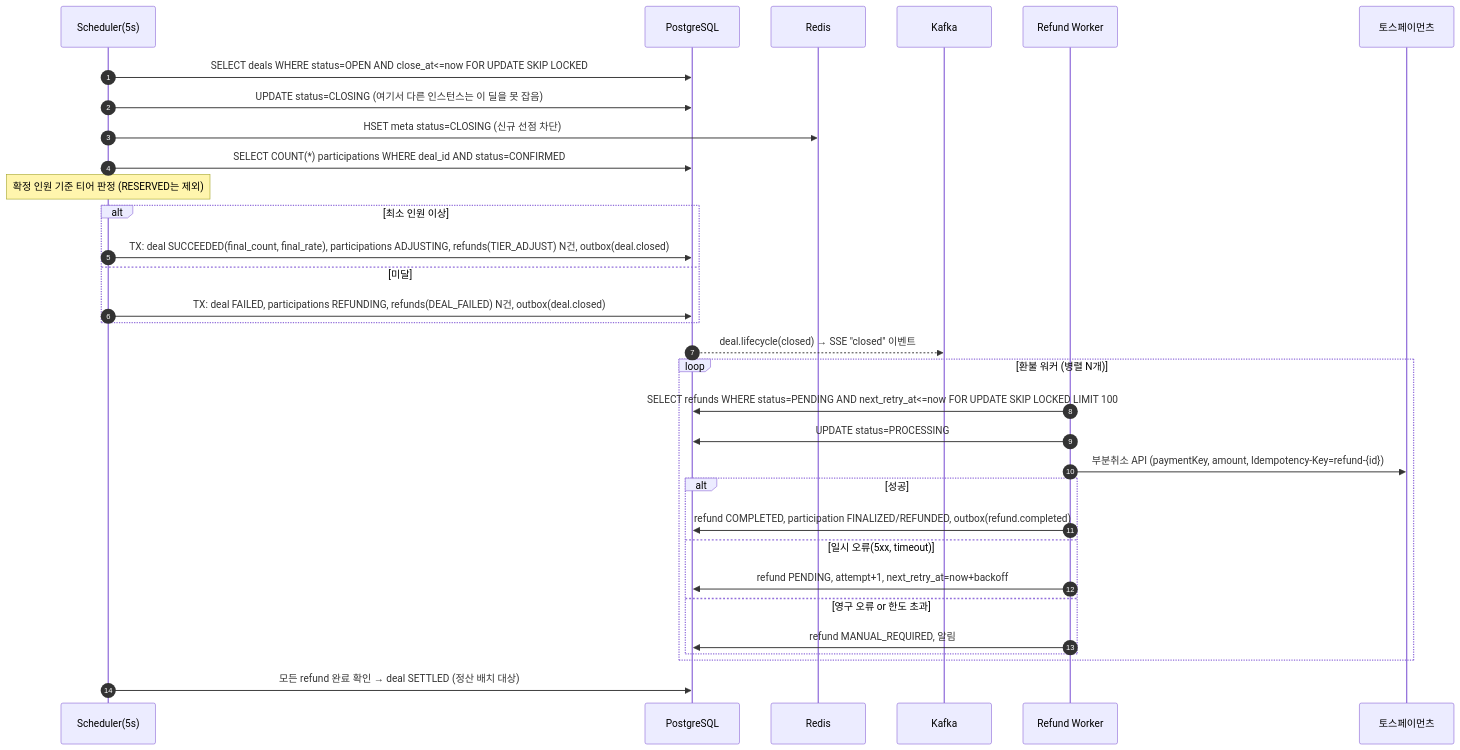
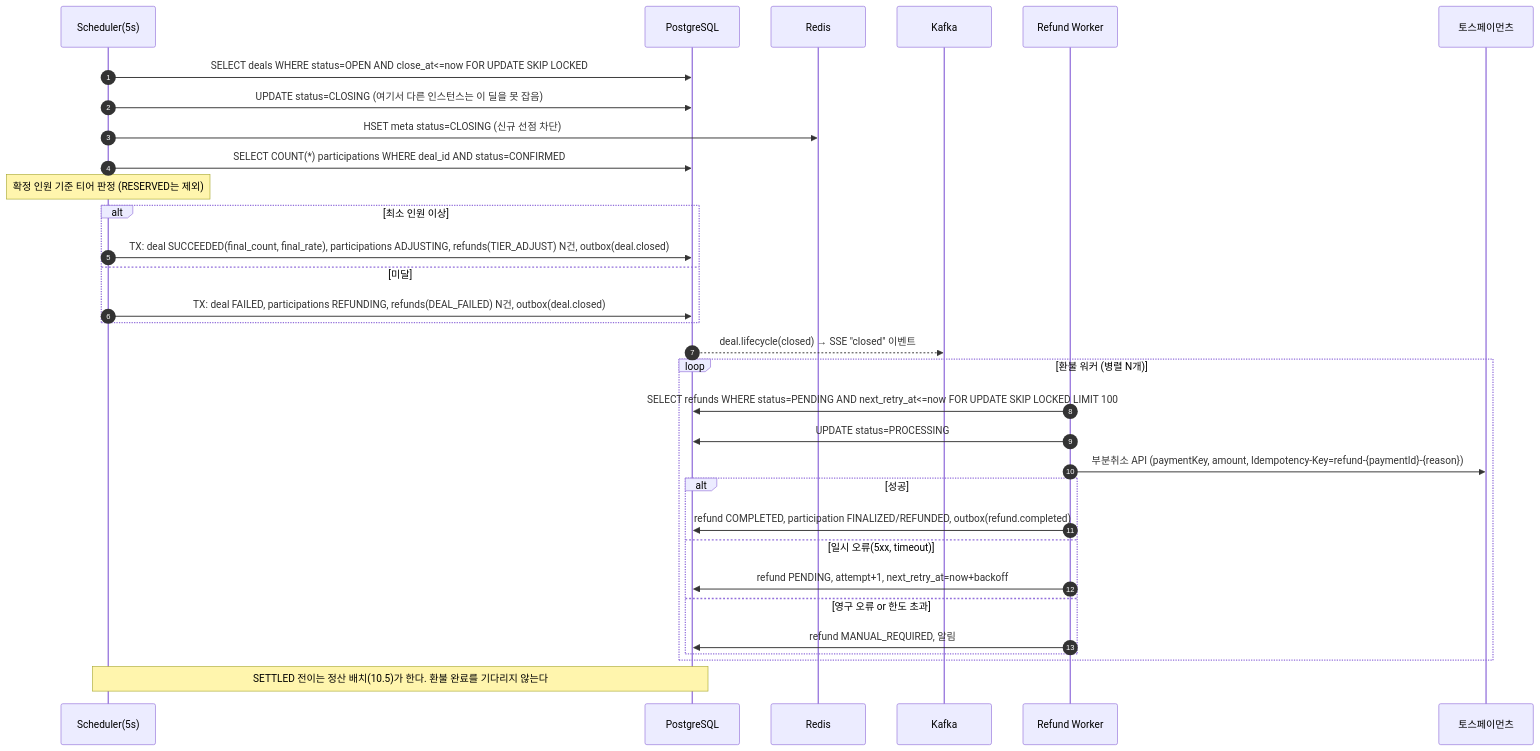
One commit to Jeong-Hyun-Su/groupbuy changed the eighth of 9 diagrams in docs/design/공동구매_플랫폼_설계서.md. Above: the diagram before and after it, drawn with Mermaid. The commit also changed other lines of this file and 30 other files, not shown here.

````diff
--- a/docs/design/공동구매_플랫폼_설계서.md
+++ b/docs/design/공동구매_플랫폼_설계서.md
@@ -833,35 +852,35 @@
 ```mermaid
 sequenceDiagram
     autonumber
     participant S as Scheduler(5s)
     participant DB as PostgreSQL
     participant R as Redis
     participant K as Kafka
     participant W as Refund Worker
     participant PG as 토스페이먼츠
 
     S->>DB: SELECT deals WHERE status=OPEN AND close_at<=now FOR UPDATE SKIP LOCKED
     S->>DB: UPDATE status=CLOSING (여기서 다른 인스턴스는 이 딜을 못 잡음)
     S->>R: HSET meta status=CLOSING (신규 선점 차단)
     S->>DB: SELECT COUNT(*) participations WHERE deal_id AND status=CONFIRMED
     Note over S: 확정 인원 기준 티어 판정 (RESERVED는 제외)
     alt 최소 인원 이상
         S->>DB: TX: deal SUCCEEDED(final_count, final_rate), participations ADJUSTING, refunds(TIER_ADJUST) N건, outbox(deal.closed)
     else 미달
         S->>DB: TX: deal FAILED, participations REFUNDING, refunds(DEAL_FAILED) N건, outbox(deal.closed)
     end
     DB-->>K: deal.lifecycle(closed) → SSE "closed" 이벤트
     loop 환불 워커 (병렬 N개)
         W->>DB: SELECT refunds WHERE status=PENDING AND next_retry_at<=now FOR UPDATE SKIP LOCKED LIMIT 100
         W->>DB: UPDATE status=PROCESSING
-        W->>PG: 부분취소 API (paymentKey, amount, Idempotency-Key=refund-{id})
+        W->>PG: 부분취소 API (paymentKey, amount, Idempotency-Key=refund-{paymentId}-{reason})
         alt 성공
             W->>DB: refund COMPLETED, participation FINALIZED/REFUNDED, outbox(refund.completed)
         else 일시 오류(5xx, timeout)
             W->>DB: refund PENDING, attempt+1, next_retry_at=now+backoff
         else 영구 오류 or 한도 초과
             W->>DB: refund MANUAL_REQUIRED, 알림
         end
     end
-    S->>DB: 모든 refund 완료 확인 → deal SETTLED (정산 배치 대상)
+    Note over S,DB: SETTLED 전이는 정산 배치(10.5)가 한다. 환불 완료를 기다리지 않는다
 ```
````
